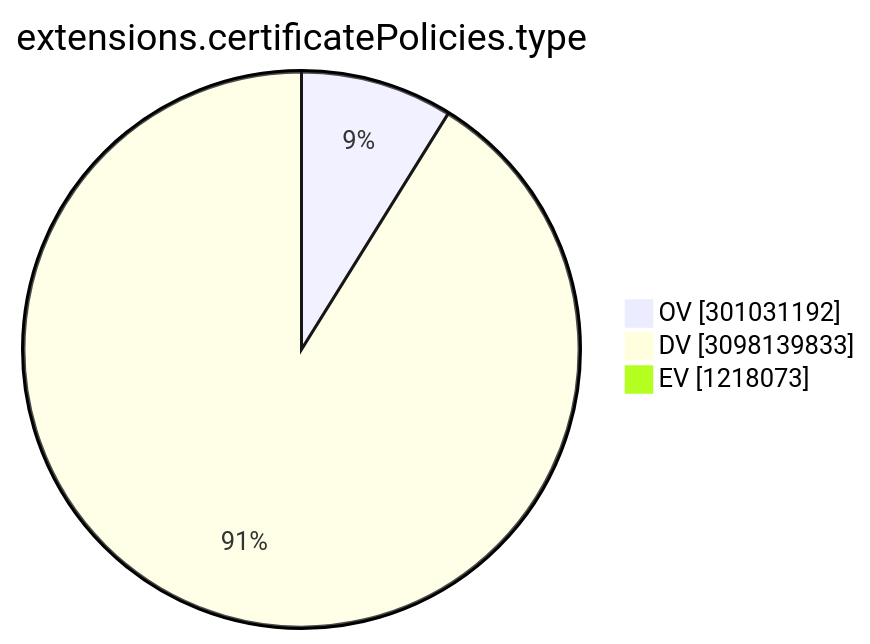
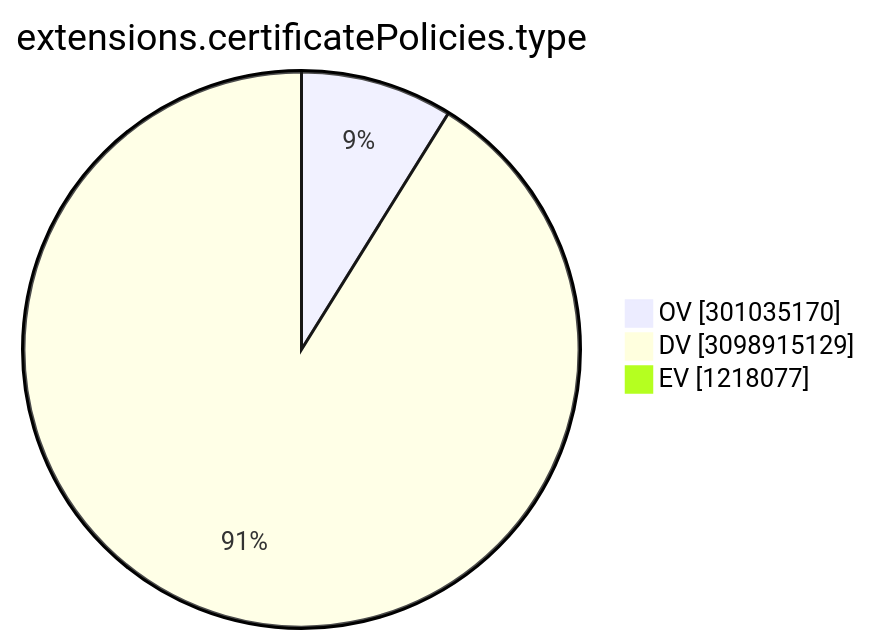
One commit to christiankrug/ctmonitor_visualization changed the ninth of 15 diagrams in TOTAL/README.md. Above: the diagram before and after it, drawn with Mermaid. The commit also changed other lines of this file, not shown here.

````diff
--- a/TOTAL/README.md
+++ b/TOTAL/README.md
@@ -3103,7 +3103,7 @@
 ```mermaid
 pie showData
 title extensions.certificatePolicies.type
-"OV" :301031192
-"DV" :3098139833
-"EV" :1218073
+"OV" :301035170
+"DV" :3098915129
+"EV" :1218077
 ```
````
